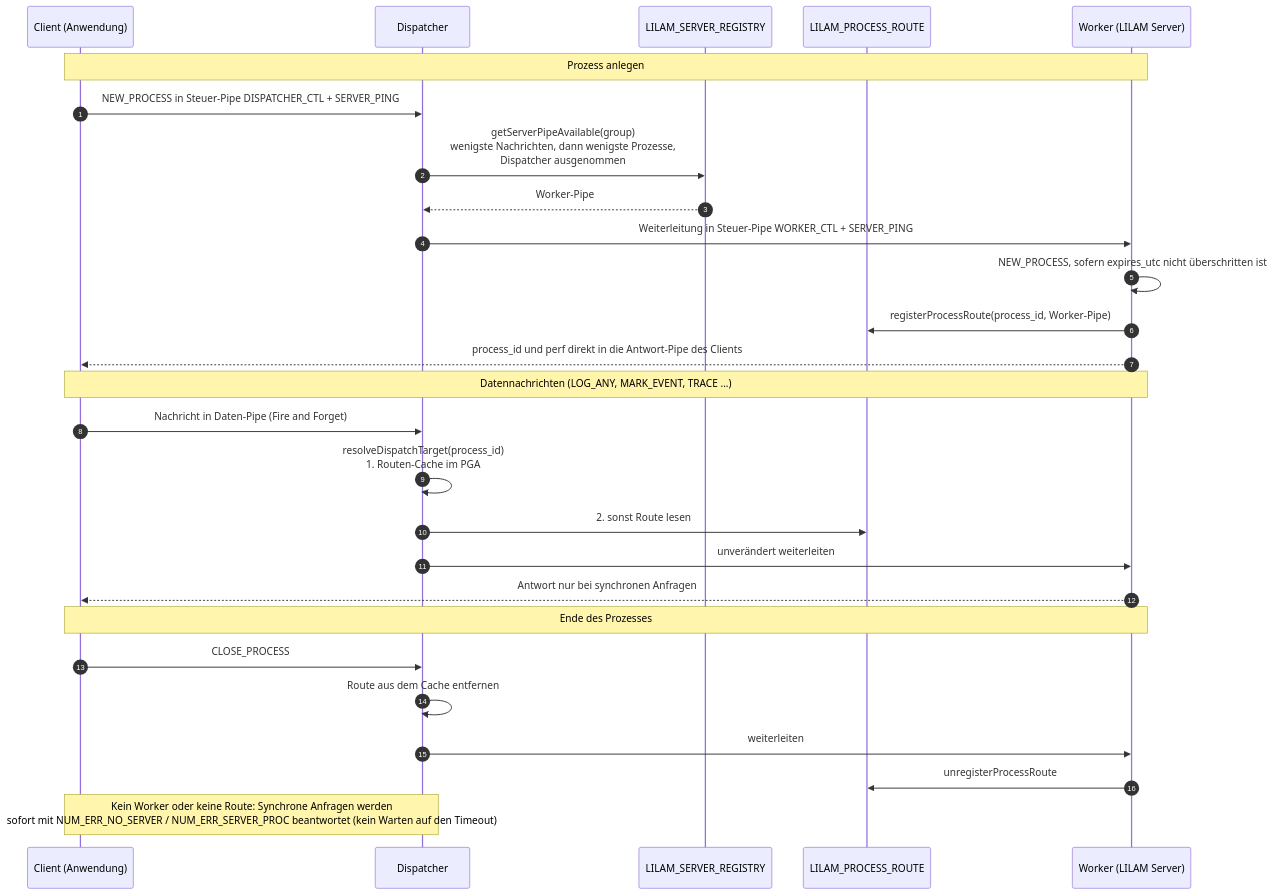
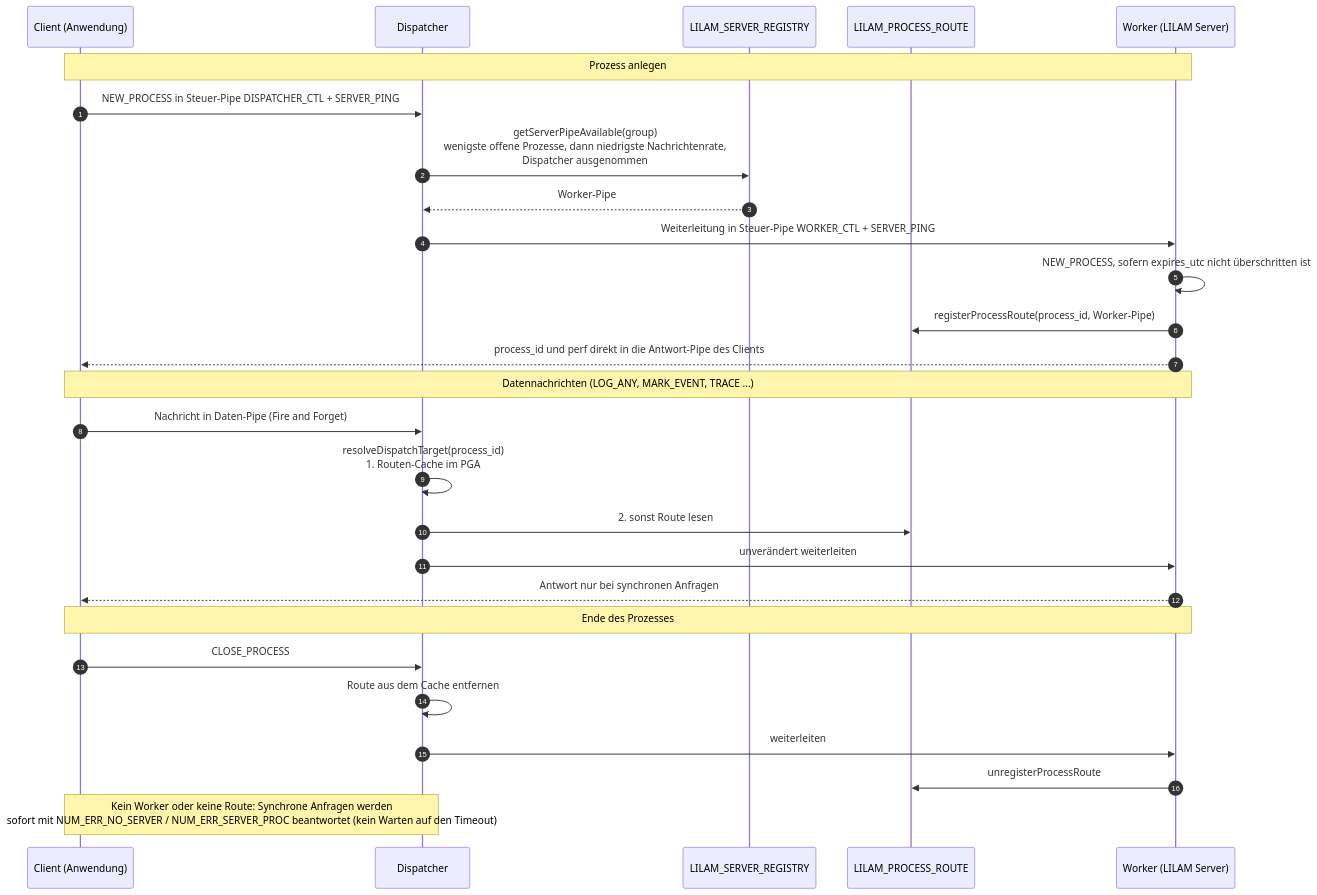
The third of 4 diagrams in docs/Architektur und Konzepte.md (dirkgermany/LILAM), drawn with Mermaid before and after one commit. The commit also changed other lines of this file and 6 other files, not shown here.

````diff
--- a/docs/Architektur und Konzepte.md
+++ b/docs/Architektur und Konzepte.md
@@ -444,33 +446,33 @@
 ```mermaid
 sequenceDiagram
     autonumber
     participant C as Client (Anwendung)
     participant D as Dispatcher
     participant R as LILAM_SERVER_REGISTRY
     participant RT as LILAM_PROCESS_ROUTE
     participant W as Worker (LILAM Server)
 
     Note over C,W: Prozess anlegen
     C->>D: NEW_PROCESS in Steuer-Pipe DISPATCHER_CTL + SERVER_PING
-    D->>R: getServerPipeAvailable(group)<br/>wenigste Nachrichten, dann wenigste Prozesse,<br/>Dispatcher ausgenommen
+    D->>R: getServerPipeAvailable(group)<br/>wenigste offene Prozesse, dann niedrigste Nachrichtenrate,<br/>Dispatcher ausgenommen
     R-->>D: Worker-Pipe
     D->>W: Weiterleitung in Steuer-Pipe WORKER_CTL + SERVER_PING
     W->>W: NEW_PROCESS, sofern expires_utc nicht überschritten ist
     W->>RT: registerProcessRoute(process_id, Worker-Pipe)
     W-->>C: process_id und perf direkt in die Antwort-Pipe des Clients
 
     Note over C,W: Datennachrichten (LOG_ANY, MARK_EVENT, TRACE ...)
     C->>D: Nachricht in Daten-Pipe (Fire and Forget)
     D->>D: resolveDispatchTarget(process_id)<br/>1. Routen-Cache im PGA
     D->>RT: 2. sonst Route lesen
     D->>W: unverändert weiterleiten
     W-->>C: Antwort nur bei synchronen Anfragen
 
     Note over C,W: Ende des Prozesses
     C->>D: CLOSE_PROCESS
     D->>D: Route aus dem Cache entfernen
     D->>W: weiterleiten
     W->>RT: unregisterProcessRoute
 
     Note over D,C: Kein Worker oder keine Route: Synchrone Anfragen werden<br/>sofort mit NUM_ERR_NO_SERVER / NUM_ERR_SERVER_PROC beantwortet (kein Warten auf den Timeout)
 ```
````
